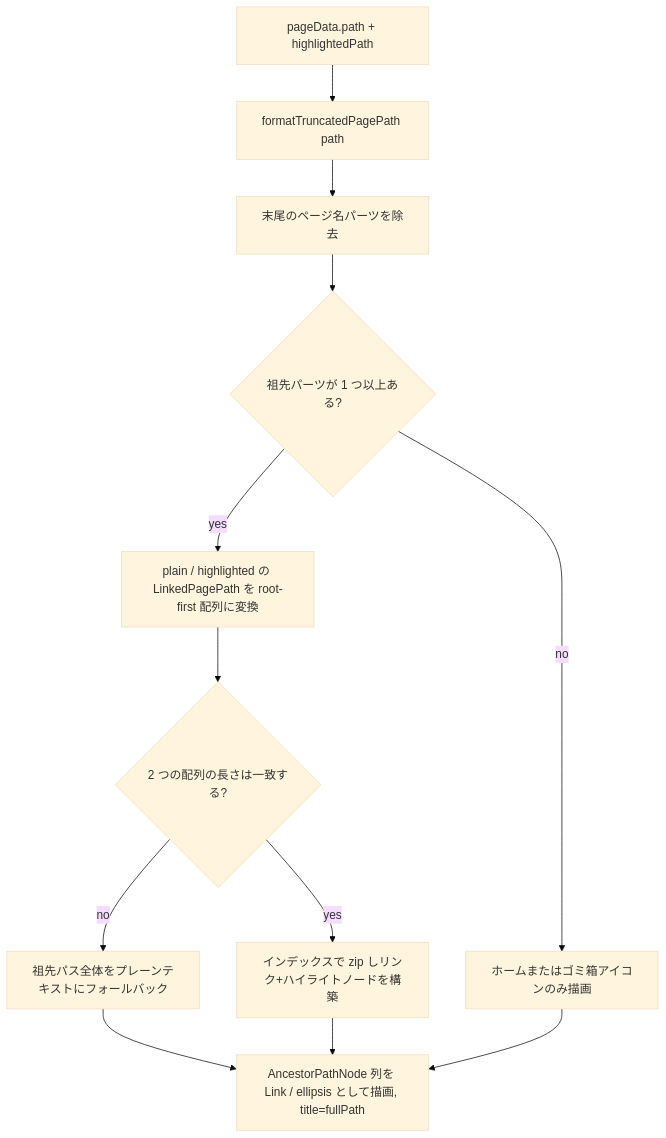
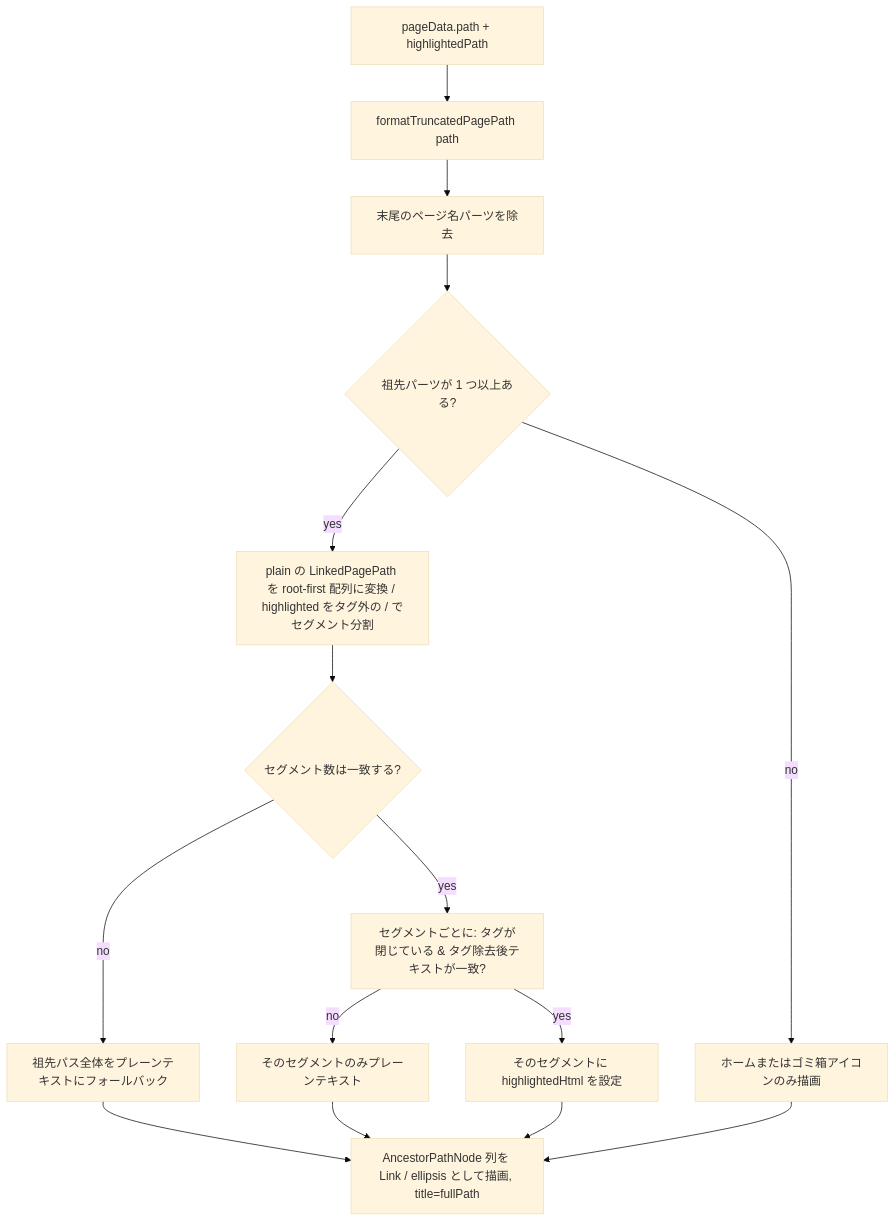
Before and after one commit to growilabs/growi: the second of 2 diagrams in .kiro/specs/page-path-truncation/design.md, drawn with Mermaid (base theme). The commit also changed other lines of this file and 2 other files, not shown here.

Commit message:
docs(page-path-truncation): reflect PR review fixes in the spec

````diff
--- a/.kiro/specs/page-path-truncation/design.md
+++ b/.kiro/specs/page-path-truncation/design.md
@@ -137,14 +143,17 @@
 ```mermaid
 flowchart TD
     Start[pageData.path + highlightedPath] --> Format[formatTruncatedPagePath path]
     Format --> DropName[末尾のページ名パーツを除去]
     DropName --> HasAncestors{祖先パーツが 1 つ以上ある?}
     HasAncestors -->|no| HomeOnly[ホームまたはゴミ箱アイコンのみ描画]
-    HasAncestors -->|yes| BuildChains[plain / highlighted の LinkedPagePath を root-first 配列に変換]
-    BuildChains --> LengthCheck{2 つの配列の長さは一致する?}
+    HasAncestors -->|yes| BuildChains[plain の LinkedPagePath を root-first 配列に変換 / highlighted をタグ外の / でセグメント分割]
+    BuildChains --> LengthCheck{セグメント数は一致する?}
     LengthCheck -->|no| PlainFallback[祖先パス全体をプレーンテキストにフォールバック]
-    LengthCheck -->|yes| ZipNodes[インデックスで zip しリンク+ハイライトノードを構築]
+    LengthCheck -->|yes| SegmentCheck[セグメントごとに: タグが閉じている & タグ除去後テキストが一致?]
+    SegmentCheck -->|no| SegmentPlain[そのセグメントのみプレーンテキスト]
+    SegmentCheck -->|yes| SegmentHighlight[そのセグメントに highlightedHtml を設定]
     PlainFallback --> Render
-    ZipNodes --> Render[AncestorPathNode 列を Link / ellipsis として描画, title=fullPath]
+    SegmentPlain --> Render
+    SegmentHighlight --> Render[AncestorPathNode 列を Link / ellipsis として描画, title=fullPath]
     HomeOnly --> Render
 ```
````
